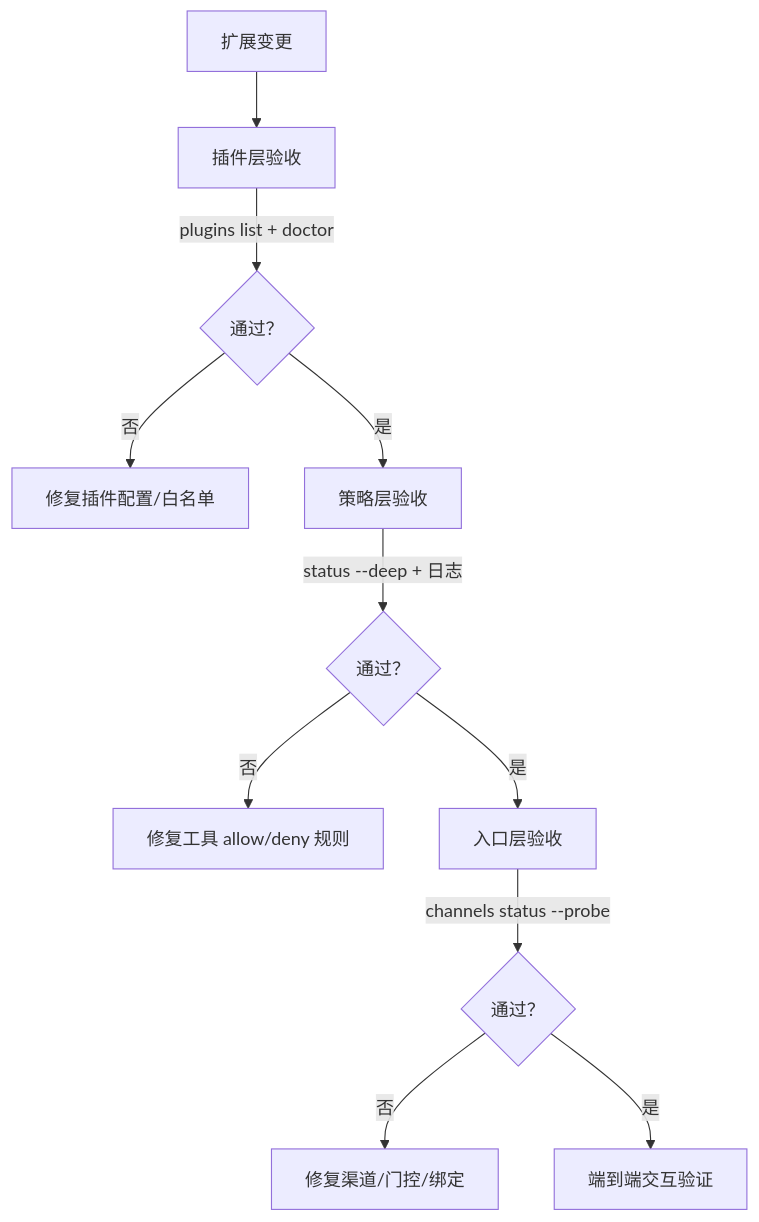
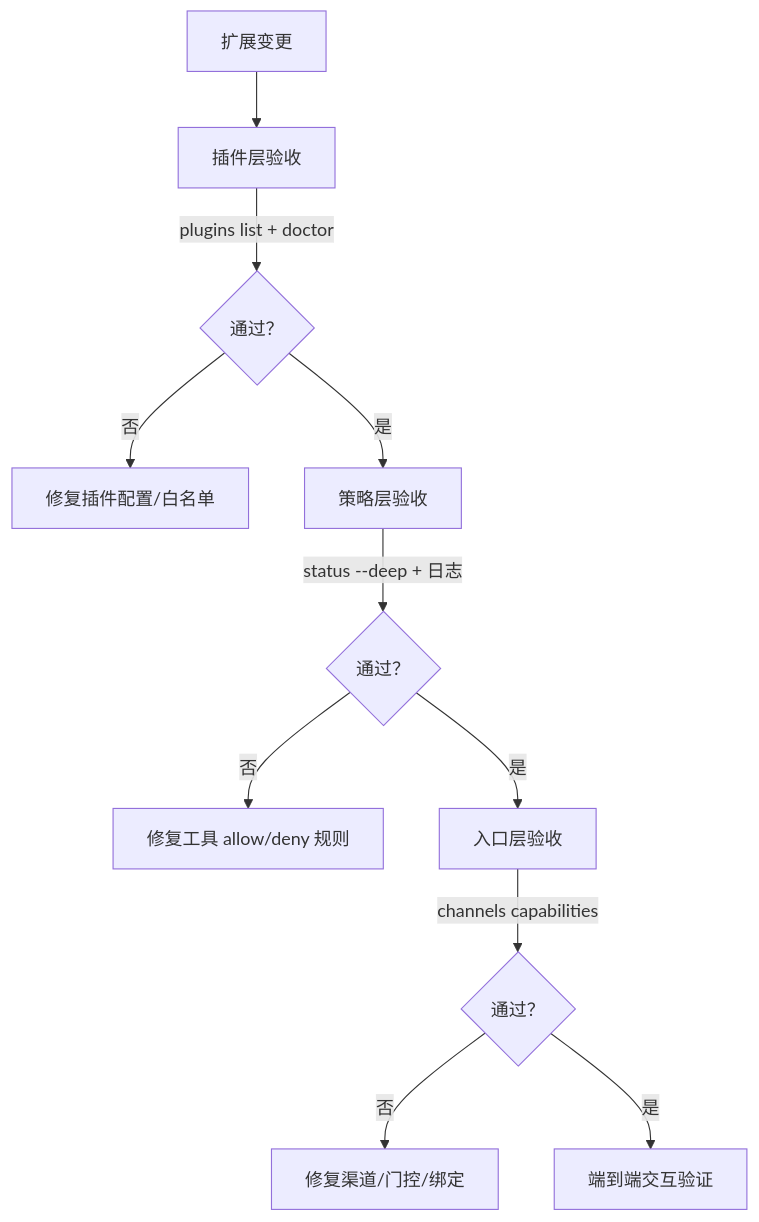
The diagram in 12_extension_engineering/12.3_testing_debugging.md (yeasy/openclaw_guide), drawn with Mermaid before and after one commit. The commit also changed other lines of this file and 14 other files, not shown here.

````diff
--- a/12_extension_engineering/12.3_testing_debugging.md
+++ b/12_extension_engineering/12.3_testing_debugging.md
@@ -9,13 +9,13 @@
 ```mermaid
 flowchart TD
   start["扩展变更"] --> L1["插件层验收"]
   L1 -->|"plugins list + doctor"| L1ok{通过？}
   L1ok -->|"否"| fix1["修复插件配置/白名单"]
   L1ok -->|"是"| L2["策略层验收"]
   L2 -->|"status --deep + 日志"| L2ok{通过？}
   L2ok -->|"否"| fix2["修复工具 allow/deny 规则"]
   L2ok -->|"是"| L3["入口层验收"]
-  L3 -->|"channels status --probe"| L3ok{通过？}
+  L3 -->|"channels capabilities"| L3ok{通过？}
   L3ok -->|"否"| fix3["修复渠道/门控/绑定"]
   L3ok -->|"是"| e2e["端到端交互验证"]
 ```
````
